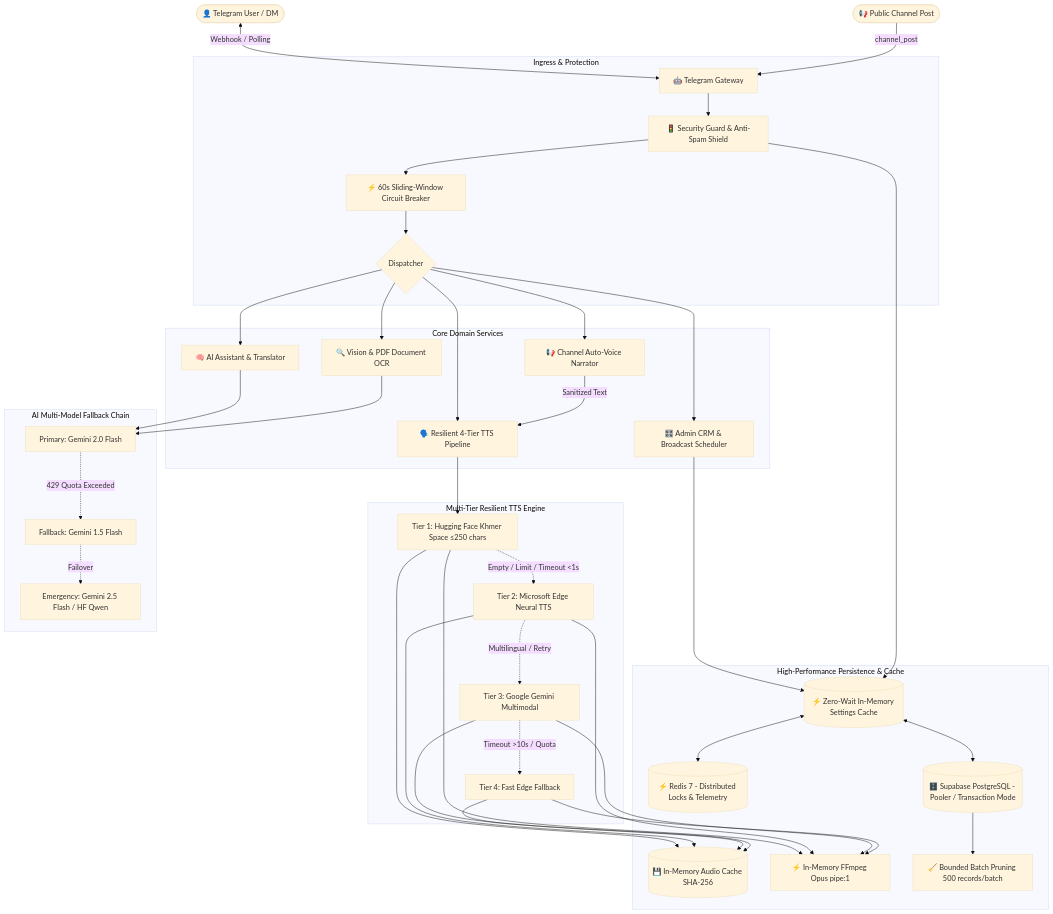
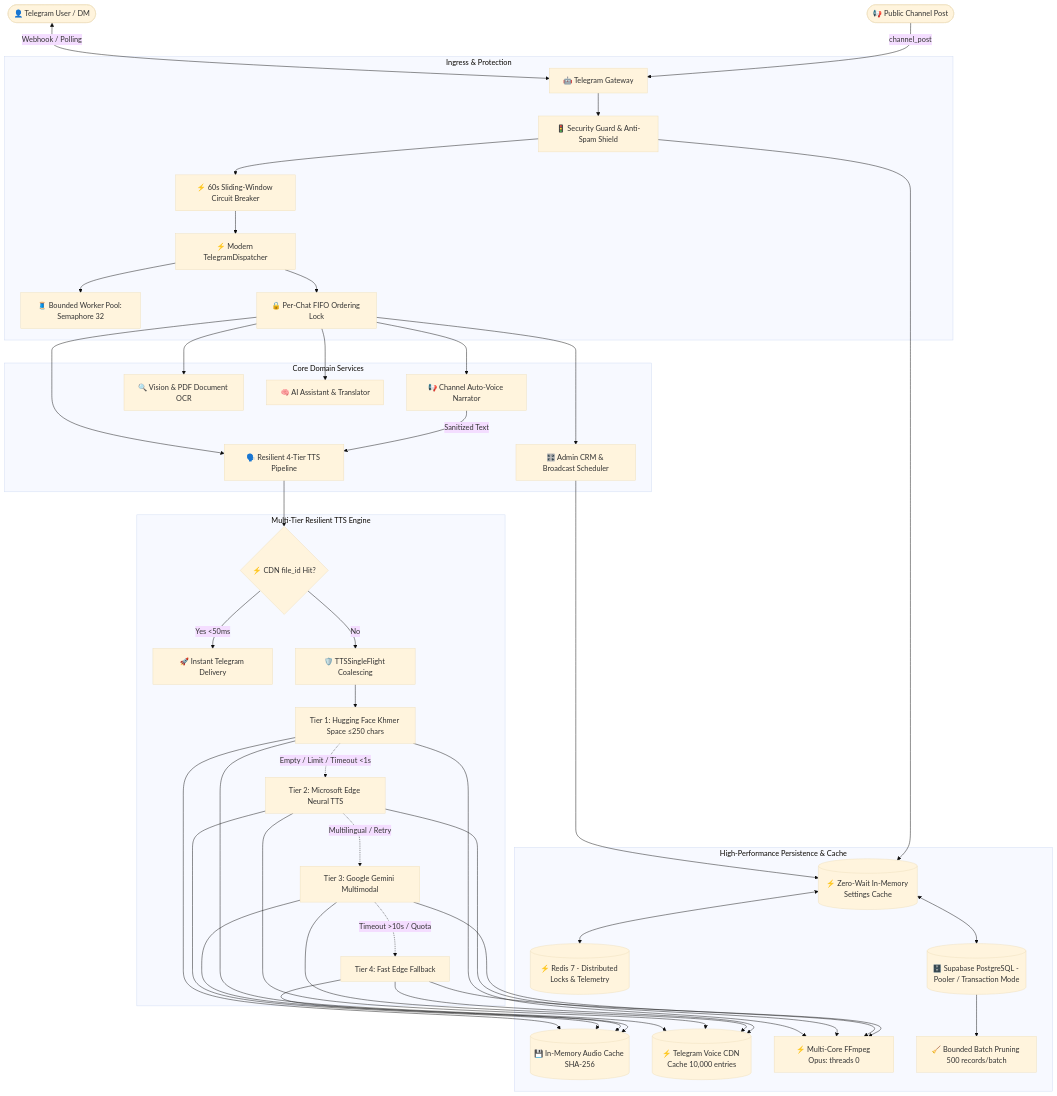
One commit to Heng-zm/bot-voice changed the diagram in README.md. Above: the diagram before and after it, drawn with Mermaid (base theme). The commit also changed other lines of this file and 1 other file, not shown here.

````diff
--- a/README.md
+++ b/README.md
@@ -184,43 +208,43 @@
 ```mermaid
 flowchart TD
     User([👤 Telegram User / DM]) <-->|Webhook / Polling| TG[🤖 Telegram Gateway]
     Channel([📢 Public Channel Post]) -->|channel_post| TG
     
     subgraph "Ingress & Protection"
         TG --> Guard[🚦 Security Guard & Anti-Spam Shield]
         Guard --> CB[⚡ 60s Sliding-Window Circuit Breaker]
-        CB --> Router{Dispatcher}
+        CB --> Dispatcher[⚡ Modern TelegramDispatcher]
+        Dispatcher --> BoundedPool[🧵 Bounded Worker Pool: Semaphore 32]
+        Dispatcher --> ChatLock[🔒 Per-Chat FIFO Ordering Lock]
     end
 
     subgraph "Core Domain Services"
-        Router --> TTS[🗣️ Resilient 4-Tier TTS Pipeline]
-        Router --> ChanNarrator[📢 Channel Auto-Voice Narrator]
-        Router --> OCR[🔍 Vision & PDF Document OCR]
-        Router --> AI[🧠 AI Assistant & Translator]
-        Router --> Admin[🎛️ Admin CRM & Broadcast Scheduler]
+        ChatLock --> TTS[🗣️ Resilient 4-Tier TTS Pipeline]
+        ChatLock --> ChanNarrator[📢 Channel Auto-Voice Narrator]
+        ChatLock --> OCR[🔍 Vision & PDF Document OCR]
+        ChatLock --> AI[🧠 AI Assistant & Translator]
+        ChatLock --> Admin[🎛️ Admin CRM & Broadcast Scheduler]
         
         ChanNarrator -->|Sanitized Text| TTS
     end
     
     subgraph "Multi-Tier Resilient TTS Engine"
-        TTS --> T1[Tier 1: Hugging Face Khmer Space ≤250 chars]
+        TTS --> FastPath{⚡ CDN file_id Hit?}
+        FastPath -->|Yes <50ms| DirectSend[🚀 Instant Telegram Delivery]
+        FastPath -->|No| SF[🛡️ TTSSingleFlight Coalescing]
+        SF --> T1[Tier 1: Hugging Face Khmer Space ≤250 chars]
         T1 -.->|Empty / Limit / Timeout <1s| T2[Tier 2: Microsoft Edge Neural TTS]
         T2 -.->|Multilingual / Retry| T3[Tier 3: Google Gemini Multimodal]
         T3 -.->|Timeout >10s / Quota| T4[Tier 4: Fast Edge Fallback]
     end
 
-    subgraph "AI Multi-Model Fallback Chain"
-        AI & OCR --> G1[Primary: Gemini 2.0 Flash]
-        G1 -.->|429 Quota Exceeded| G2[Fallback: Gemini 1.5 Flash]
-        G2 -.->|Failover| G3[Emergency: Gemini 2.5 Flash / HF Qwen]
-    end
-    
     subgraph "High-Performance Persistence & Cache"
         T1 & T2 & T3 & T4 --> Cache[(💾 In-Memory Audio Cache SHA-256)]
-        T1 & T2 & T3 & T4 --> FFmpeg[⚡ In-Memory FFmpeg Opus pipe:1]
+        T1 & T2 & T3 & T4 --> CDN[(⚡ Telegram Voice CDN Cache 10,000 entries)]
+        T1 & T2 & T3 & T4 --> FFmpeg[⚡ Multi-Core FFmpeg Opus: threads 0]
         Admin & Guard --> MemCache[(⚡ Zero-Wait In-Memory Settings Cache)]
         MemCache <--> Redis[(⚡ Redis 7 - Distributed Locks & Telemetry)]
         MemCache <--> DB[(🗄️ Supabase PostgreSQL - Pooler / Transaction Mode)]
         DB --> Pruner[🧹 Bounded Batch Pruning 500 records/batch]
     end
 ```
````
